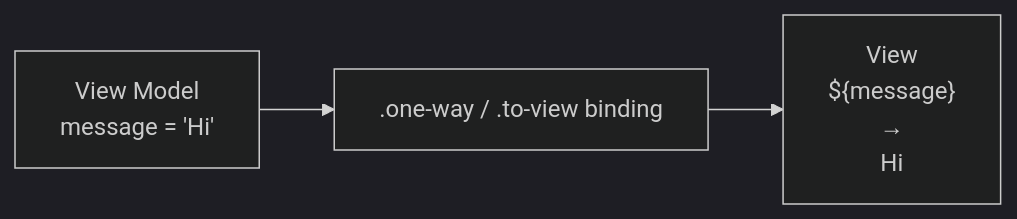
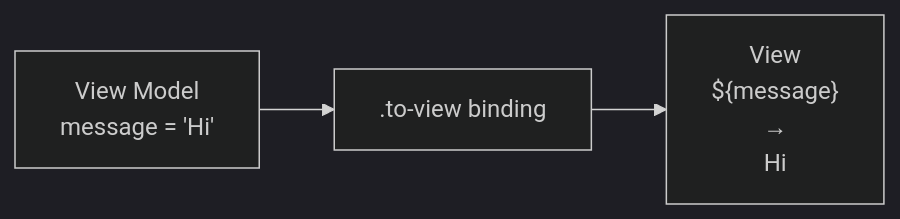
One commit to aurelia/aurelia changed the first of 18 diagrams in docs/user-docs/templates/DIAGRAMS.md. Above: the diagram before and after it, drawn with Mermaid (dark theme). The commit also changed other lines of this file and 178 other files, not shown here.

````diff
--- a/docs/user-docs/templates/DIAGRAMS.md
+++ b/docs/user-docs/templates/DIAGRAMS.md
@@ -9,7 +9,7 @@
 ```mermaid
 flowchart LR
     VM["View Model<br/>message = 'Hi'"]
-    binding[".one-way / .to-view binding"]
+    binding[".to-view binding"]
     view["View<br/><p>${message}</p> → <p>Hi</p>"]
     VM --> binding --> view
 ```
````
